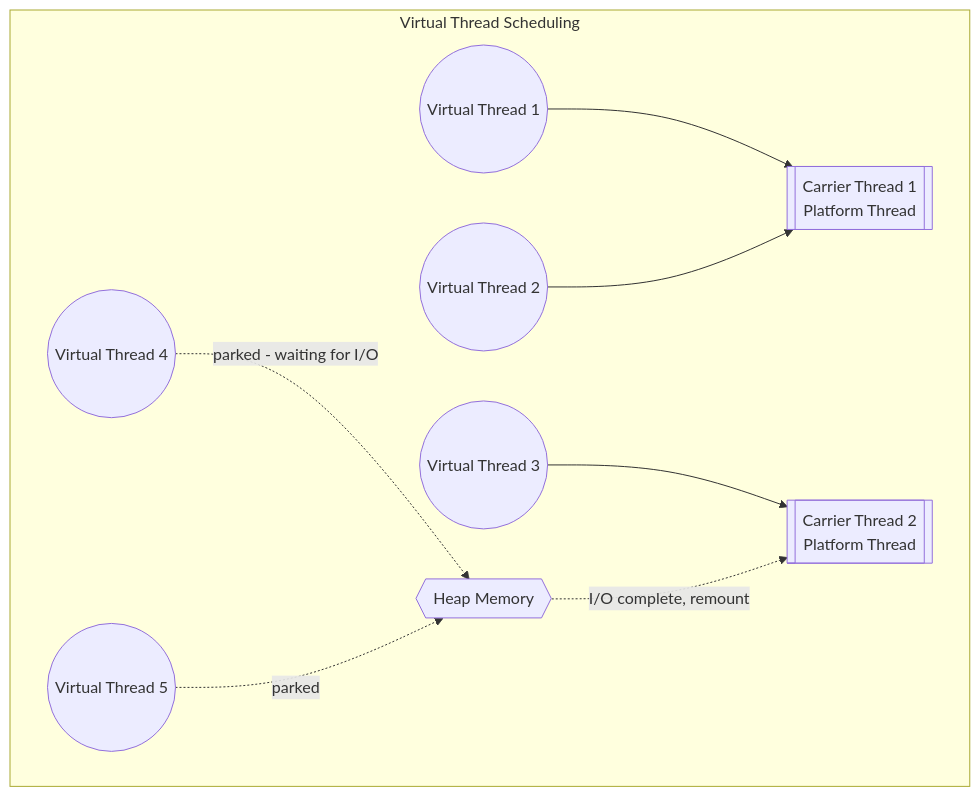
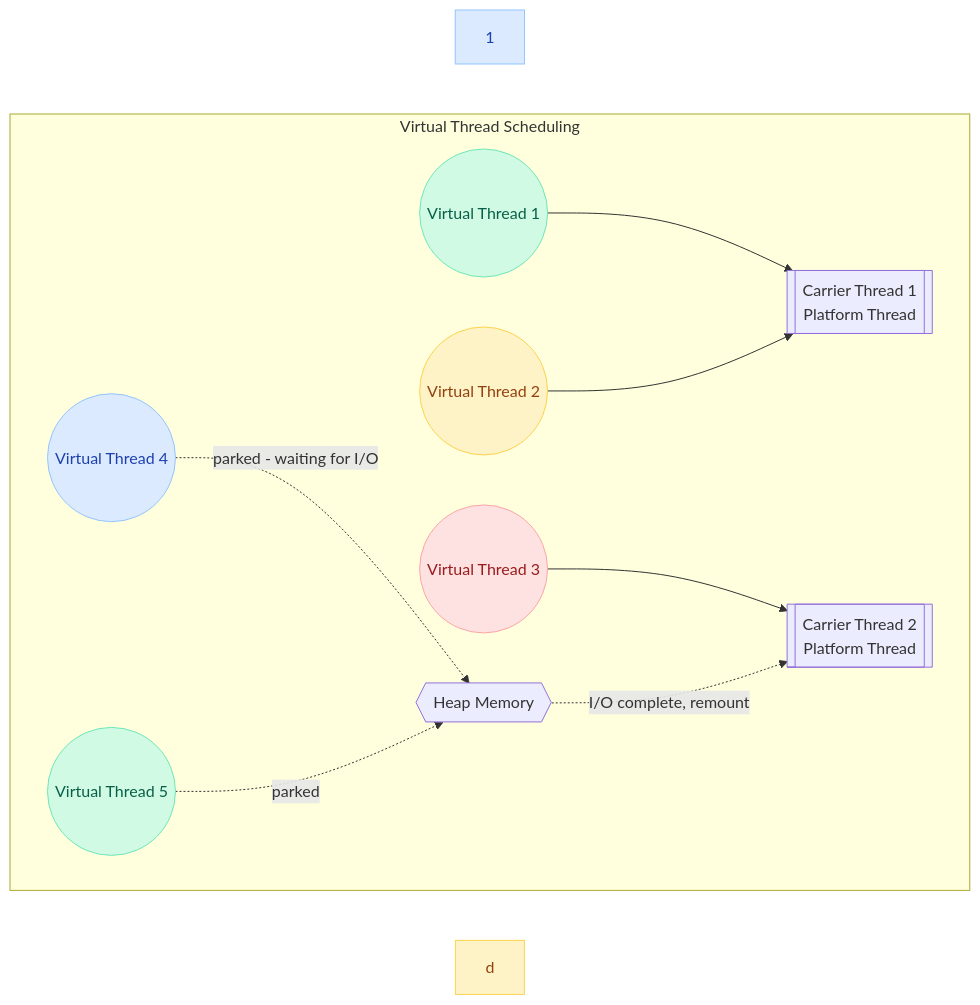
Before and after one commit to saivamsikaruturi/vamsilabs-dev-notes-main: the fifth of 5 diagrams in docs/java/Executors.md, drawn with Mermaid. The commit also changed other lines of this file and 220 other files, not shown here.

First line of the commit message:
Add 50+ new Java/Spring Boot pages, rewrite CSS code blocks to Oracle style, fix all diagram colors

````diff
--- a/docs/java/Executors.md
+++ b/docs/java/Executors.md
@@ -399,12 +436,20 @@
 ```mermaid
 flowchart LR
     subgraph "Virtual Thread Scheduling"
         direction LR
         VT1(("Virtual Thread 1")) --> C1[["Carrier Thread 1<br/>Platform Thread"]]
         VT2(("Virtual Thread 2")) --> C1
         VT3(("Virtual Thread 3")) --> C2[["Carrier Thread 2<br/>Platform Thread"]]
         VT4(("Virtual Thread 4")) -.->|parked - waiting for I/O| HEAP{{"Heap Memory"}}
         VT5(("Virtual Thread 5")) -.->|parked| HEAP
         HEAP -.->|I/O complete, remount| C2
     end
+
+    style 1 fill:#DBEAFE,stroke:#93C5FD,color:#1E40AF
+    style VT1 fill:#D1FAE5,stroke:#6EE7B7,color:#065F46
+    style VT2 fill:#FEF3C7,stroke:#FCD34D,color:#92400E
+    style VT3 fill:#FEE2E2,stroke:#FCA5A5,color:#991B1B
+    style VT4 fill:#DBEAFE,stroke:#93C5FD,color:#1E40AF
+    style VT5 fill:#D1FAE5,stroke:#6EE7B7,color:#065F46
+    style d fill:#FEF3C7,stroke:#FCD34D,color:#92400E
 ```
````
